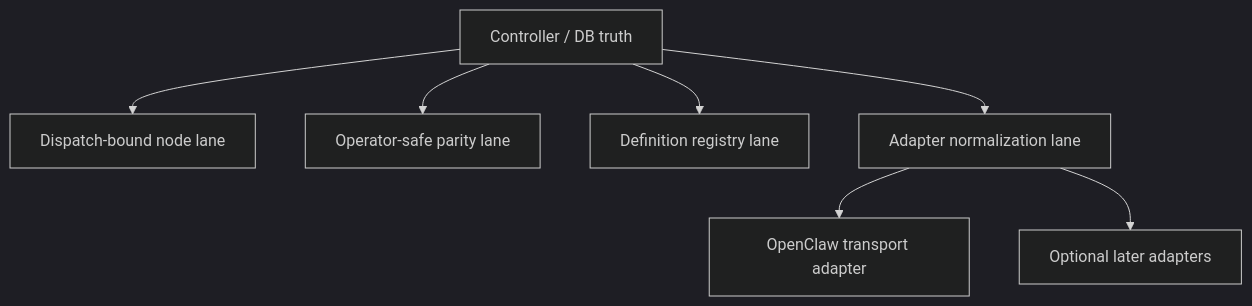
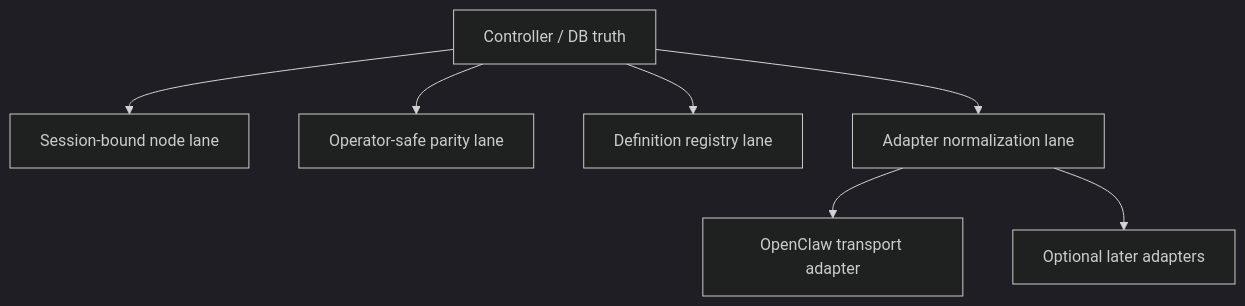
One commit to ringlochid/AutoClaw changed the diagram in docs/redesign/architecture/runtime-lane-separation-rationale.md. Above: the diagram before and after it, drawn with Mermaid (dark theme). The commit also changed other lines of this file and 31 other files, not shown here.

````diff
--- a/docs/redesign/architecture/runtime-lane-separation-rationale.md
+++ b/docs/redesign/architecture/runtime-lane-separation-rationale.md
@@ -7,9 +7,9 @@
 ```mermaid
 flowchart TB
-    A["Controller / DB truth"] --> B["Dispatch-bound node lane"]
+    A["Controller / DB truth"] --> B["Session-bound node lane"]
     A --> C["Operator-safe parity lane"]
     A --> D["Definition registry lane"]
     A --> E["Adapter normalization lane"]
     E --> F["OpenClaw transport adapter"]
     E --> G["Optional later adapters"]
 ```
````
